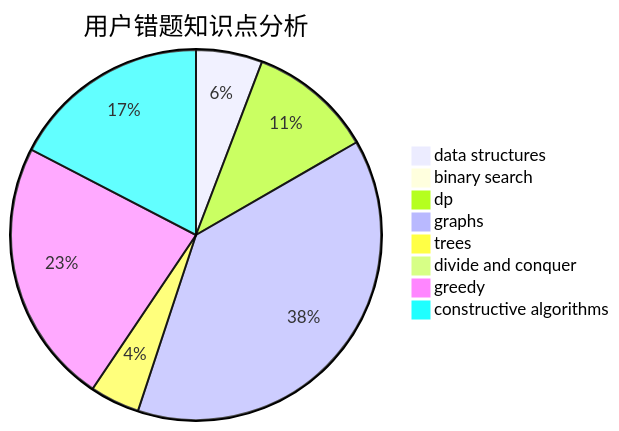
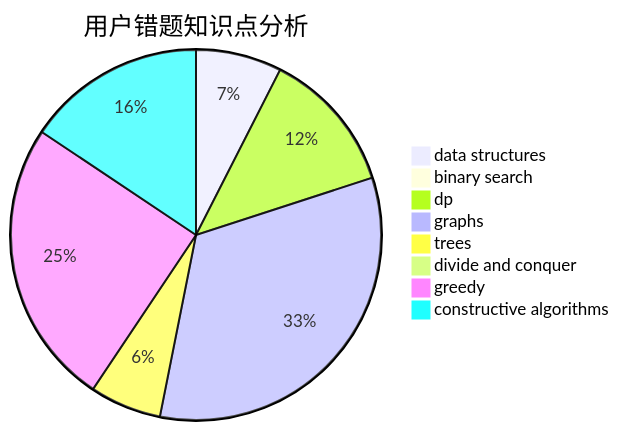
The third of 3 diagrams in docs/user/u2717.md (sherpahu/cfrs.github.io), drawn with Mermaid before and after one commit. The commit also changed other lines of this file and 2770 other files, not shown here.

````diff
--- a/docs/user/u2717.md
+++ b/docs/user/u2717.md
@@ -36,11 +36,11 @@
 ```mermaid
 pie title 用户错题知识点分析
-    "data structures" :  8
+    "data structures" :  12
     "binary search" :  1
-    "dp" :  15
+    "dp" :  20
     "graphs" :  53
-    "trees" :  6
+    "trees" :  10
     "divide and conquer" :  0
-    "greedy" :  32
-    "constructive algorithms" :  24
+    "greedy" :  40
+    "constructive algorithms" :  25
 ```
````
